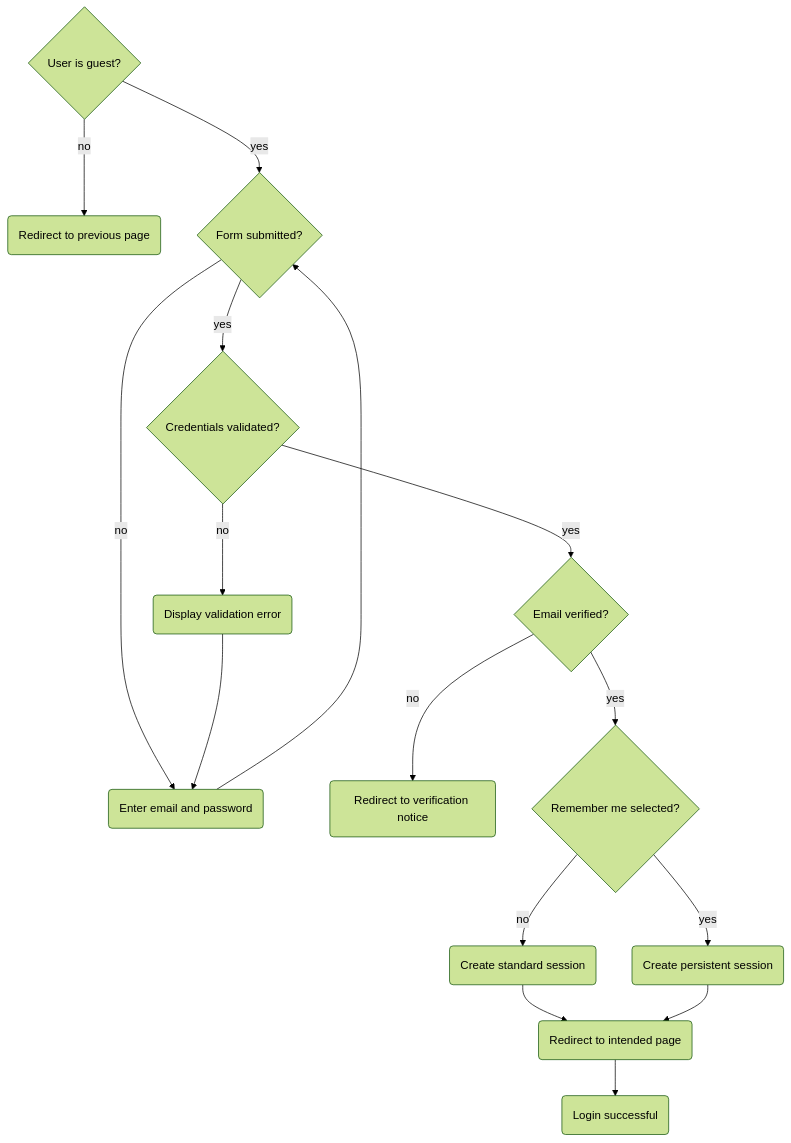
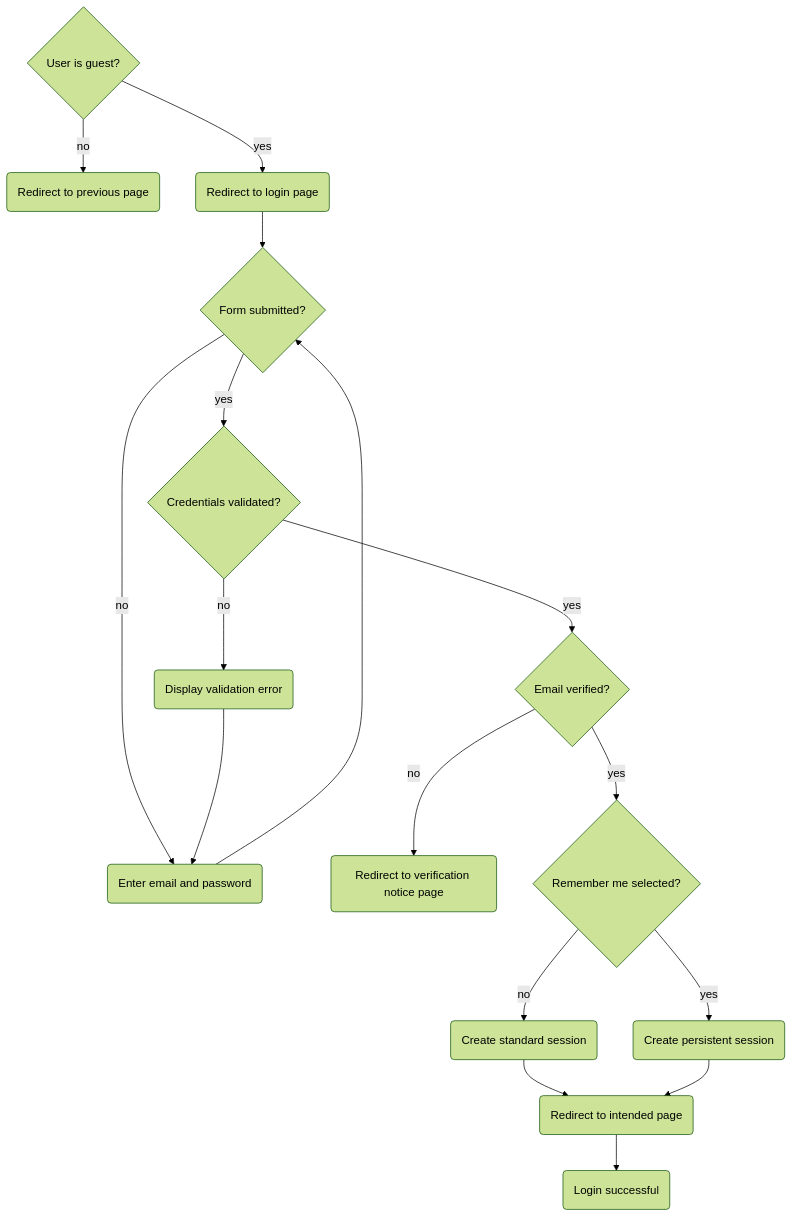
One commit to fsa-ara/shelfly changed the diagram in docs/flowcharts/auth/login.md. Above: the diagram before and after it, drawn with Mermaid (forest theme).

Commit message:
docs: add redirect action to login flowchart

````diff
--- a/docs/flowcharts/auth/login.md
+++ b/docs/flowcharts/auth/login.md
@@ -3,32 +3,34 @@
 ```mermaid
 flowchart TB
 
 uig --> | no | rtpp
-uig --> | yes | fs
+uig --> | yes | rtlp
+rtlp --> fs
 fs --> | no | eeap
 eeap --> fs
 fs --> | yes | cv
 cv --> | no | dve
 dve --> eeap
 cv --> | yes | ev
 ev --> | no | rtvn
 ev --> | yes | rms
 rms --> | no | css --> rtip
 rms --> | yes | cps --> rtip
 rtip --> ls
 
 uig@{ shape: diamond, label: "User is guest?" }
 fs@{ shape: diamond, label: "Form submitted?" }
 cv@{ shape: diamond, label: "Credentials validated?" }
 ev@{ shape: diamond, label: "Email verified?" }
 rms@{ shape: diamond, label: "Remember me selected?" }
 
 rtpp@{ shape: rounded, label: "Redirect to previous page" }
+rtlp@{ shape: rounded, label: "Redirect to login page" }
 eeap@{ shape: rounded, label: "Enter email and password" }
 dve@{ shape: rounded, label: "Display validation error" }
-rtvn@{ shape: rounded, label: "Redirect to verification notice" }
+rtvn@{ shape: rounded, label: "Redirect to verification notice page" }
 css@{ shape: rounded, label: "Create standard session" }
 cps@{ shape: rounded, label: "Create persistent session" }
 rtip@{ shape: rounded, label: "Redirect to intended page" }
 ls@{ shape: rounded, label: "Login successful" }
 ```
````
